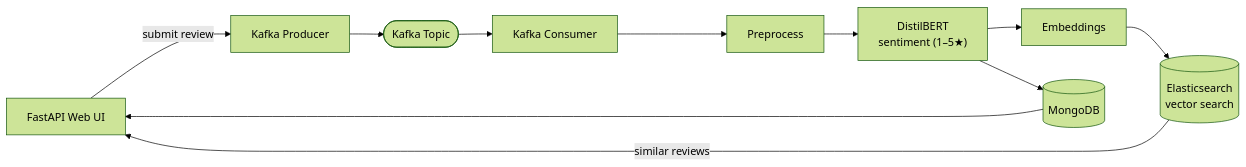
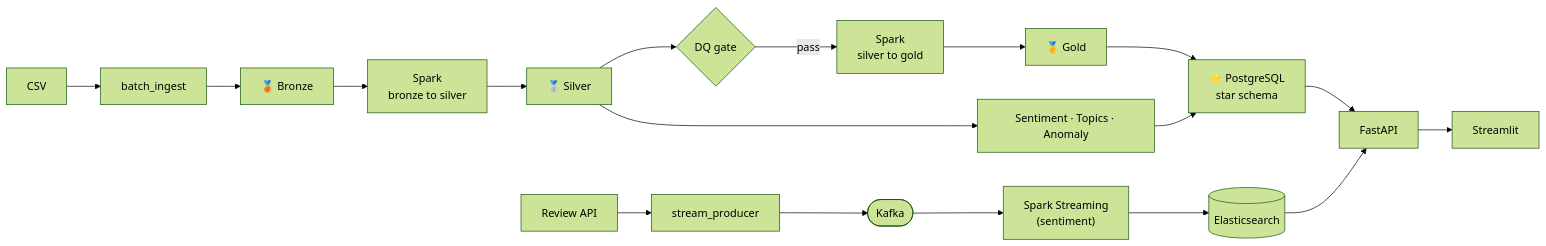
Before and after one commit to yagmurtncr/ecommerce-review-data-platform: the diagram in README.md, drawn with Mermaid (forest theme). The commit also changed other lines of this file and 56 other files, not shown here.

````diff
--- a/README.md
+++ b/README.md
@@ -27,16 +28,15 @@
 ```mermaid
 flowchart LR
-    UI["FastAPI Web UI"] -->|"submit review"| Prod["Kafka Producer"]
-    Prod --> Topic(["Kafka Topic"])
-    Topic --> Cons["Kafka Consumer"]
+    CSV["CSV"] --> BATCH["batch_ingest"] --> BRONZE["🥉 Bronze"]
+    APISRC["Review API"] --> STREAM["stream_producer"] --> KAFKA(["Kafka"])
+    KAFKA --> SS["Spark Streaming<br/>(sentiment)"] --> ES[("Elasticsearch")]
 
-    Cons --> Pre["Preprocess"]
-    Pre --> Model["DistilBERT<br/>sentiment (1–5★)"]
-    Model --> Emb["Embeddings"]
-
-    Model --> Mongo[("MongoDB")]
-    Emb --> ES[("Elasticsearch<br/>vector search")]
-
-    Mongo --> UI
-    ES -->|"similar reviews"| UI
+    BRONZE --> B2S["Spark<br/>bronze to silver"] --> SILVER["🥈 Silver"]
+    SILVER --> DQ{"DQ gate"}
+    DQ -->|pass| S2G["Spark<br/>silver to gold"] --> GOLD["🥇 Gold"]
+    SILVER --> ML["Sentiment · Topics · Anomaly"]
+    GOLD --> STAR["⭐ PostgreSQL<br/>star schema"]
+    ML --> STAR
+    STAR --> APIA["FastAPI"] --> DASH["Streamlit"]
+    ES --> APIA
 ```
````
